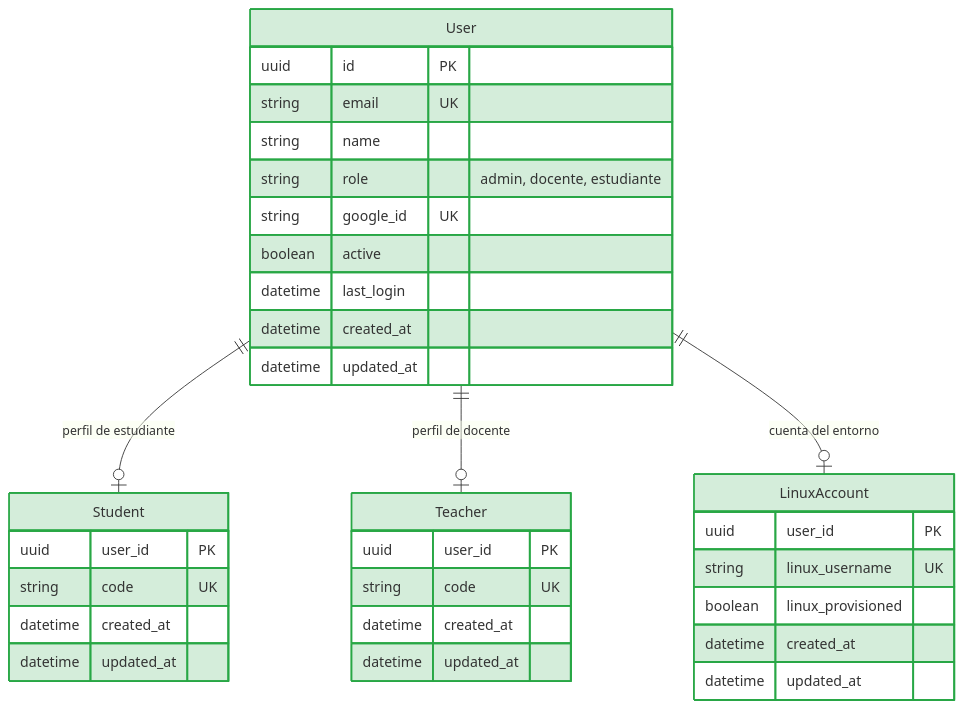
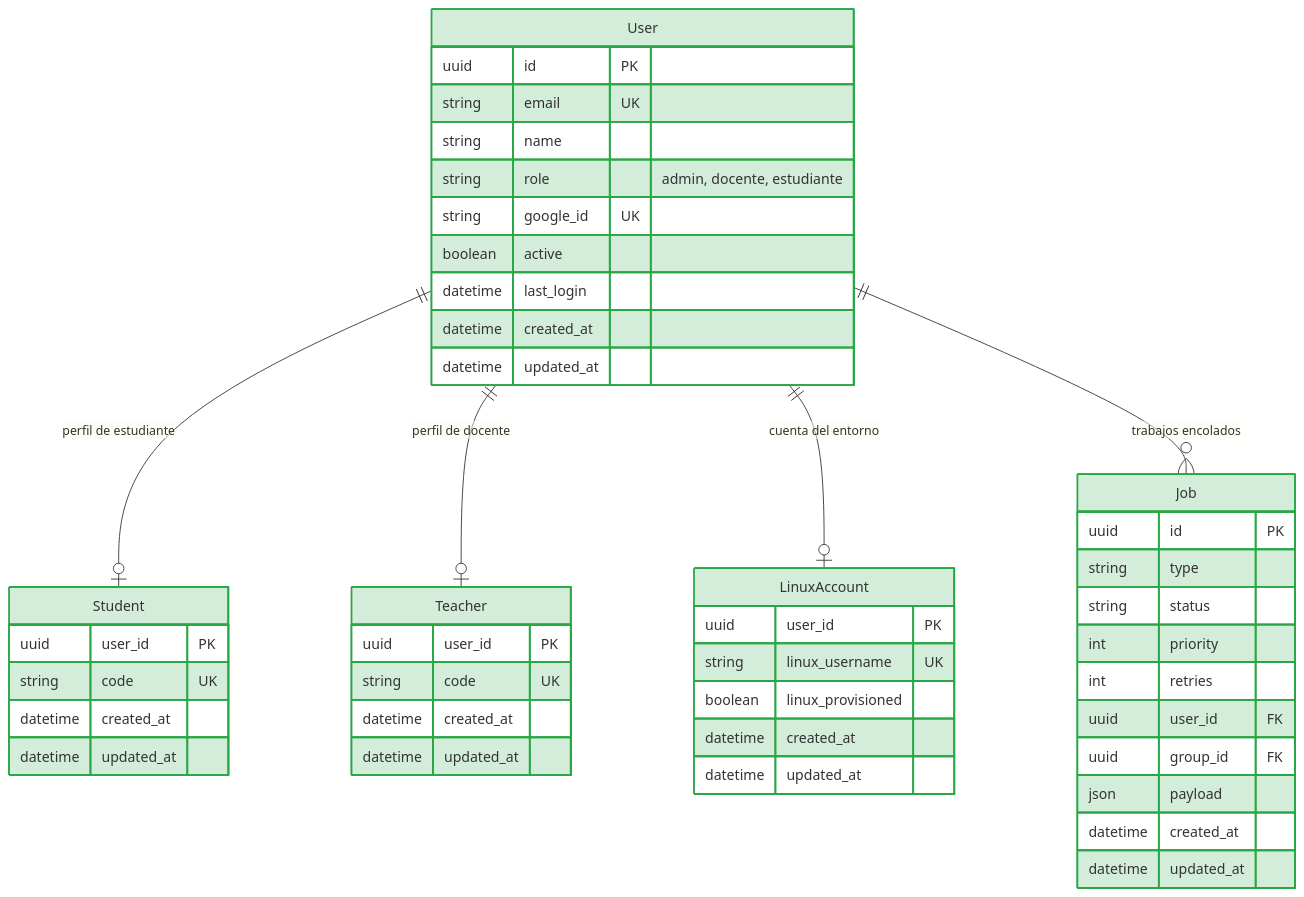
Before and after one commit to LinuxLab-UFPS/LinuxLab: the diagram in docs/SRS-iteracion-1.md, drawn with Mermaid. The commit also changed other lines of this file and 7 other files, not shown here.

````diff
--- a/docs/SRS-iteracion-1.md
+++ b/docs/SRS-iteracion-1.md
@@ -42,40 +40,53 @@
 ```mermaid
 erDiagram
     User ||--o| Student : "perfil de estudiante"
     User ||--o| Teacher : "perfil de docente"
     User ||--o| LinuxAccount : "cuenta del entorno"
+    User ||--o{ Job : "trabajos encolados"
 
     User {
         uuid id PK
         string email UK
         string name
         string role "admin, docente, estudiante"
         string google_id UK
         boolean active
         datetime last_login
         datetime created_at
         datetime updated_at
     }
     Student {
         uuid user_id PK
         string code UK
         datetime created_at
         datetime updated_at
     }
     Teacher {
         uuid user_id PK
         string code UK
         datetime created_at
         datetime updated_at
     }
     LinuxAccount {
         uuid user_id PK
         string linux_username UK
         boolean linux_provisioned
         datetime created_at
         datetime updated_at
     }
+    Job {
+        uuid id PK
+        string type
+        string status
+        int priority
+        int retries
+        uuid user_id FK
+        uuid group_id FK
+        json payload
+        datetime created_at
+        datetime updated_at
+    }
 
     classDef nueva fill:#d4edda,stroke:#28a745,stroke-width:2px
-    class User,Student,Teacher,LinuxAccount nueva
+    class User,Student,Teacher,LinuxAccount,Job nueva
 ```
````
